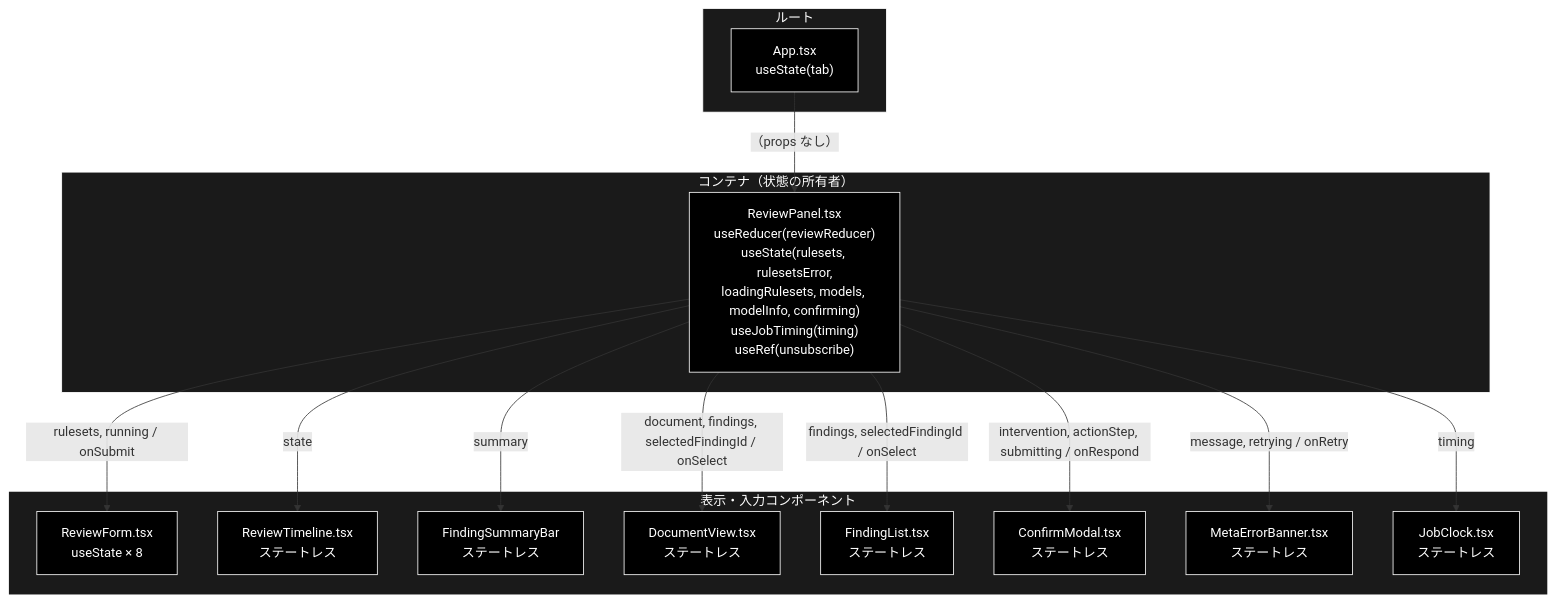
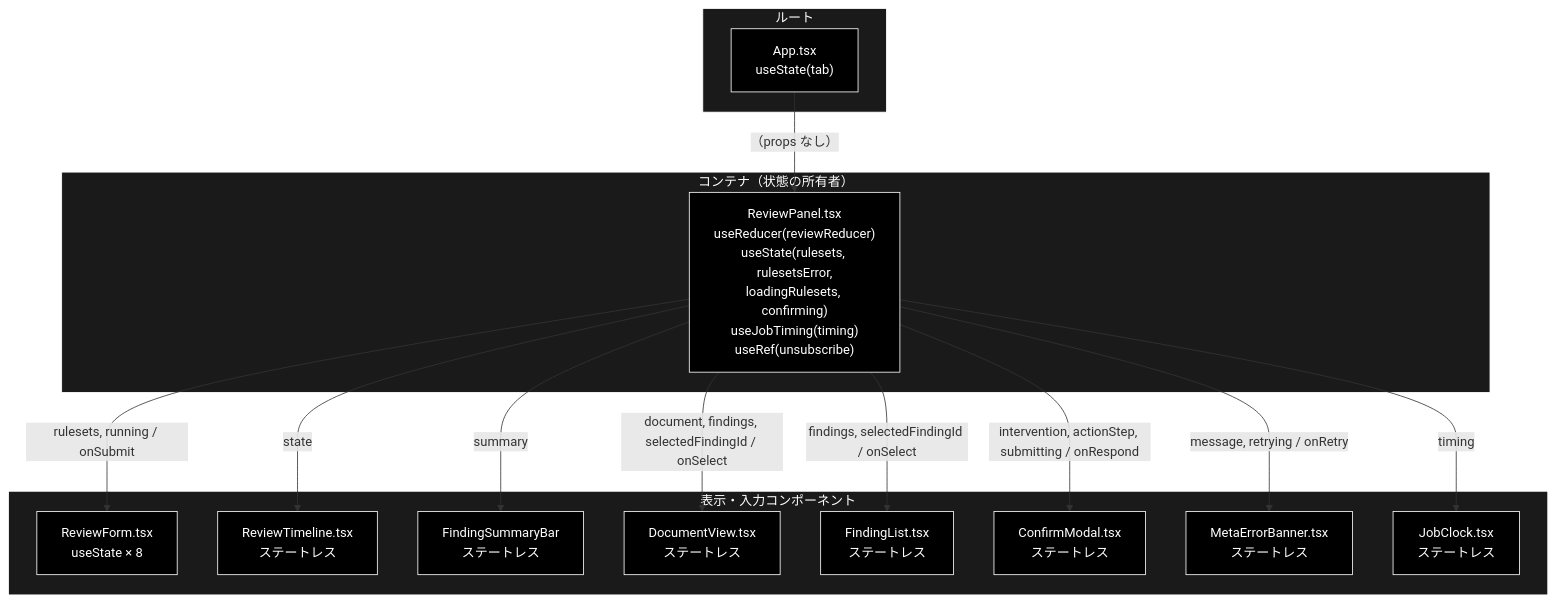
Before and after one commit to nakashima2toshio/grace_v2: the first of 5 diagrams in frontend/docs/ReviewPanel.md, drawn with Mermaid. The commit also changed other lines of this file and 18 other files, not shown here.

````diff
--- a/frontend/docs/ReviewPanel.md
+++ b/frontend/docs/ReviewPanel.md
@@ -69,34 +69,34 @@
 ```mermaid
 flowchart TB
     subgraph Root["ルート"]
         App["App.tsx<br>useState(tab)"]
     end
     subgraph Container["コンテナ（状態の所有者）"]
-        RP["ReviewPanel.tsx<br>useReducer(reviewReducer)<br>useState(rulesets, rulesetsError,<br>loadingRulesets, models, modelInfo, confirming)<br>useJobTiming(timing)<br>useRef(unsubscribe)"]
+        RP["ReviewPanel.tsx<br>useReducer(reviewReducer)<br>useState(rulesets, rulesetsError,<br>loadingRulesets, confirming)<br>useJobTiming(timing)<br>useRef(unsubscribe)"]
     end
     subgraph Presentational["表示・入力コンポーネント"]
         RF["ReviewForm.tsx<br>useState × 8"]
         RT["ReviewTimeline.tsx<br>ステートレス"]
         SB["FindingSummaryBar<br>ステートレス"]
         DV["DocumentView.tsx<br>ステートレス"]
         FL["FindingList.tsx<br>ステートレス"]
         CM["ConfirmModal.tsx<br>ステートレス"]
         MB["MetaErrorBanner.tsx<br>ステートレス"]
         JC["JobClock.tsx<br>ステートレス"]
     end
     App -->|"（props なし）"| RP
     RP -->|"rulesets, running / onSubmit"| RF
     RP -->|"state"| RT
     RP -->|"summary"| SB
     RP -->|"document, findings, selectedFindingId / onSelect"| DV
     RP -->|"findings, selectedFindingId / onSelect"| FL
     RP -->|"intervention, actionStep, submitting / onRespond"| CM
     RP -->|"message, retrying / onRetry"| MB
     RP -->|"timing"| JC
 classDef default fill:#000,stroke:#fff,color:#fff
 classDef subgraphStyle fill:#1a1a1a,stroke:#fff,color:#fff
 class App,RP,RF,RT,SB,DV,FL,CM,MB,JC default
 style Root fill:#1a1a1a,stroke:#fff,color:#fff
 style Container fill:#1a1a1a,stroke:#fff,color:#fff
 style Presentational fill:#1a1a1a,stroke:#fff,color:#fff
 ```
````
